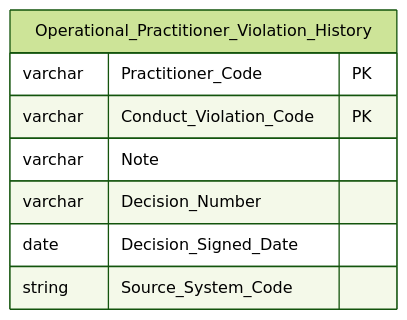
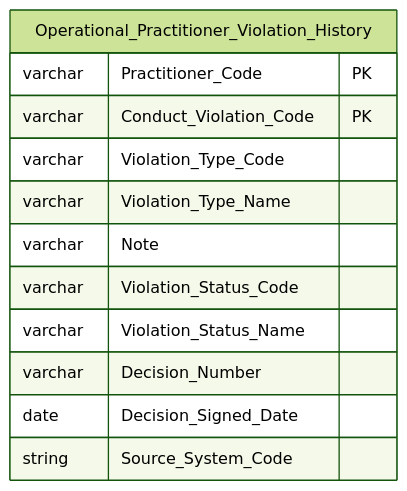
One commit to linhlvit/ubck_atomic_design changed diagram 36 of 40 in Datamart/hld/DTM_NHNCK_HLD.md. Above: the diagram before and after it, drawn with Mermaid (forest theme). The commit also changed other lines of this file and 60 other files, not shown here.

````diff
--- a/Datamart/hld/DTM_NHNCK_HLD.md
+++ b/Datamart/hld/DTM_NHNCK_HLD.md
@@ -1479,12 +1494,16 @@
 ```mermaid
 erDiagram
     Operational_Practitioner_Violation_History {
         varchar Practitioner_Code PK
         varchar Conduct_Violation_Code PK
+        varchar Violation_Type_Code
+        varchar Violation_Type_Name
         varchar Note
+        varchar Violation_Status_Code
+        varchar Violation_Status_Name
         varchar Decision_Number
         date Decision_Signed_Date
         string Source_System_Code
 
     }
 ```
````
